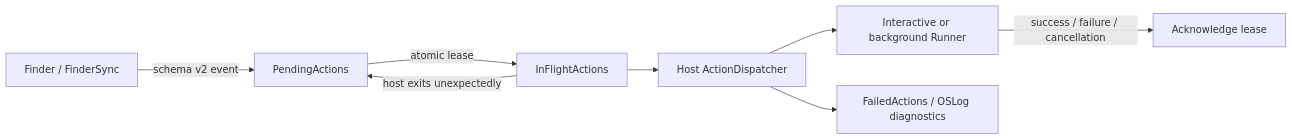
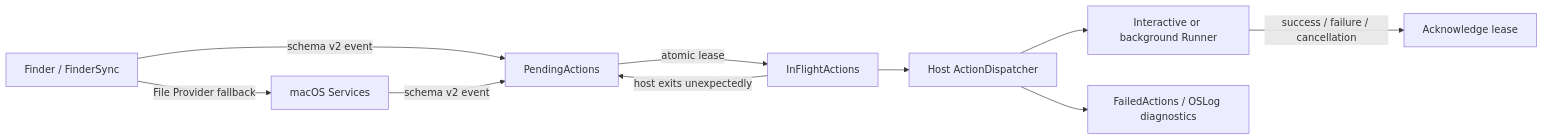
One commit to guyue55/MacRightClick changed the diagram in README_EN.md. Above: the diagram before and after it, drawn with Mermaid. The commit also changed other lines of this file and 17 other files, not shown here.

````diff
--- a/README_EN.md
+++ b/README_EN.md
@@ -61,10 +61,12 @@
 ```mermaid
 flowchart LR
     F[Finder / FinderSync] -->|schema v2 event| P[PendingActions]
+    F -->|File Provider fallback| S[macOS Services]
+    S -->|schema v2 event| P
     P -->|atomic lease| I[InFlightActions]
     I --> H[Host ActionDispatcher]
     H --> R[Interactive or background Runner]
     R -->|success / failure / cancellation| A[Acknowledge lease]
     I -->|host exits unexpectedly| P
     H --> D[FailedActions / OSLog diagnostics]
 ```
````
